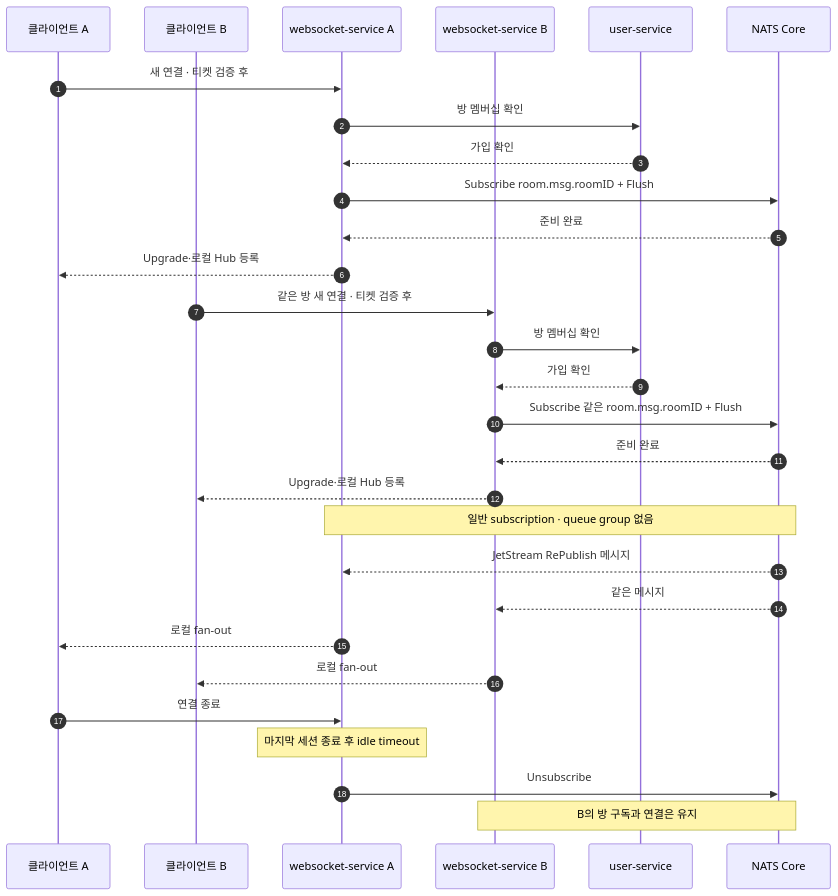
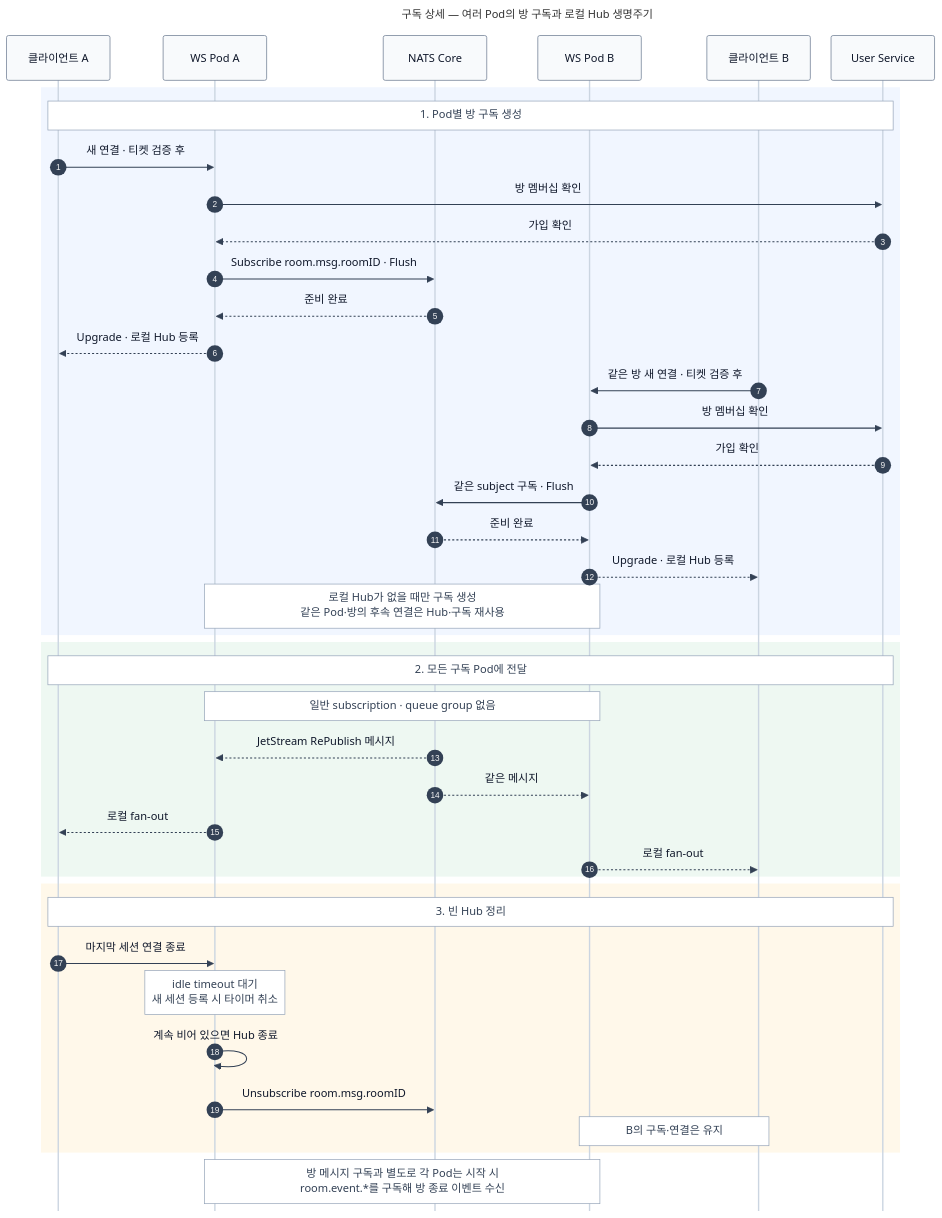
One commit to happyhun/go-chat-msa changed the diagram in docs/diagrams/seq-room-subscription.mmd. Above: the diagram before and after it, drawn with Mermaid. The commit also changed 5 other files, not shown here.

Commit message:
docs: 다이어그램 최신화

```diff
--- a/docs/diagrams/seq-room-subscription.mmd
+++ b/docs/diagrams/seq-room-subscription.mmd
@@ -1,30 +1,67 @@
+---
+title: 구독 상세 — 여러 Pod의 방 구독과 로컬 Hub 생명주기
+config:
+  theme: base
+  themeVariables:
+    actorBkg: '#f8fafc'
+    actorBorder: '#64748b'
+    actorTextColor: '#0f172a'
+    actorLineColor: '#cbd5e1'
+    signalColor: '#334155'
+    signalTextColor: '#0f172a'
+    noteBkgColor: '#ffffff'
+    noteBorderColor: '#94a3b8'
+    noteTextColor: '#334155'
+    labelBoxBkgColor: '#f8fafc'
+    labelBoxBorderColor: '#94a3b8'
+    labelTextColor: '#334155'
+    loopTextColor: '#334155'
+  sequence:
+    mirrorActors: false
+    actorMargin: 30
+    messageMargin: 25
+---
 sequenceDiagram
     autonumber
     participant A as 클라이언트 A
+    participant WA as WS Pod A
+    participant N as NATS Core
+    participant WB as WS Pod B
     participant B as 클라이언트 B
-    participant WA as websocket-service A
-    participant WB as websocket-service B
-    participant U as user-service
-    participant N as NATS Core
+    participant U as User Service
 
-    A->>WA: 새 연결 · 티켓 검증 후
-    WA->>U: 방 멤버십 확인
-    U-->>WA: 가입 확인
-    WA->>N: Subscribe room.msg.roomID + Flush
-    N-->>WA: 준비 완료
-    WA-->>A: Upgrade·로컬 Hub 등록
-    B->>WB: 같은 방 새 연결 · 티켓 검증 후
-    WB->>U: 방 멤버십 확인
-    U-->>WB: 가입 확인
-    WB->>N: Subscribe 같은 room.msg.roomID + Flush
-    N-->>WB: 준비 완료
-    WB-->>B: Upgrade·로컬 Hub 등록
-    Note over WA,N: 일반 subscription · queue group 없음
-    N-->>WA: JetStream RePublish 메시지
-    N-->>WB: 같은 메시지
-    WA-->>A: 로컬 fan-out
-    WB-->>B: 로컬 fan-out
-    A->>WA: 연결 종료
-    Note over WA: 마지막 세션 종료 후 idle timeout
-    WA->>N: Unsubscribe
-    Note over WB,N: B의 방 구독과 연결은 유지
+    rect rgb(241, 246, 255)
+        Note over A,U: 1. Pod별 방 구독 생성
+        A->>WA: 새 연결 · 티켓 검증 후
+        WA->>U: 방 멤버십 확인
+        U-->>WA: 가입 확인
+        WA->>N: Subscribe room.msg.roomID · Flush
+        N-->>WA: 준비 완료
+        WA-->>A: Upgrade · 로컬 Hub 등록
+        B->>WB: 같은 방 새 연결 · 티켓 검증 후
+        WB->>U: 방 멤버십 확인
+        U-->>WB: 가입 확인
+        WB->>N: 같은 subject 구독 · Flush
+        N-->>WB: 준비 완료
+        WB-->>B: Upgrade · 로컬 Hub 등록
+        Note over WA,WB: 로컬 Hub가 없을 때만 구독 생성<br/>같은 Pod·방의 후속 연결은 Hub·구독 재사용
+    end
+
+    rect rgb(238, 248, 242)
+        Note over A,U: 2. 모든 구독 Pod에 전달
+        Note over WA,WB: 일반 subscription · queue group 없음
+        N-->>WA: JetStream RePublish 메시지
+        N-->>WB: 같은 메시지
+        WA-->>A: 로컬 fan-out
+        WB-->>B: 로컬 fan-out
+    end
+
+    rect rgb(255, 248, 234)
+        Note over A,U: 3. 빈 Hub 정리
+        A->>WA: 마지막 세션 연결 종료
+        Note over WA: idle timeout 대기<br/>새 세션 등록 시 타이머 취소
+        WA->>WA: 계속 비어 있으면 Hub 종료
+        WA->>N: Unsubscribe room.msg.roomID
+        Note over WB,B: B의 구독·연결은 유지
+    end
+    Note over WA,WB: 방 메시지 구독과 별도로 각 Pod는 시작 시<br/>room.event.*를 구독해 방 종료 이벤트 수신
```
